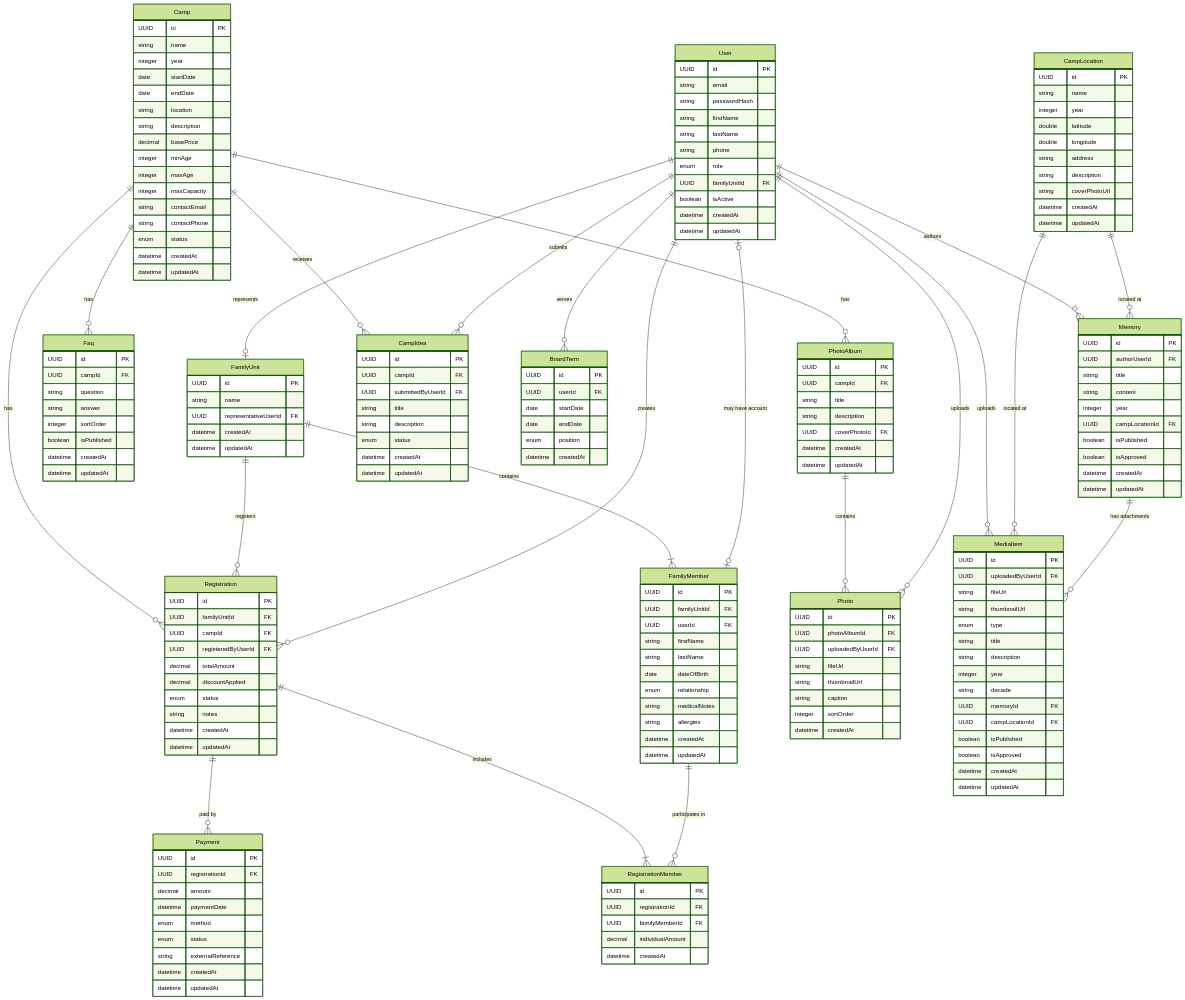
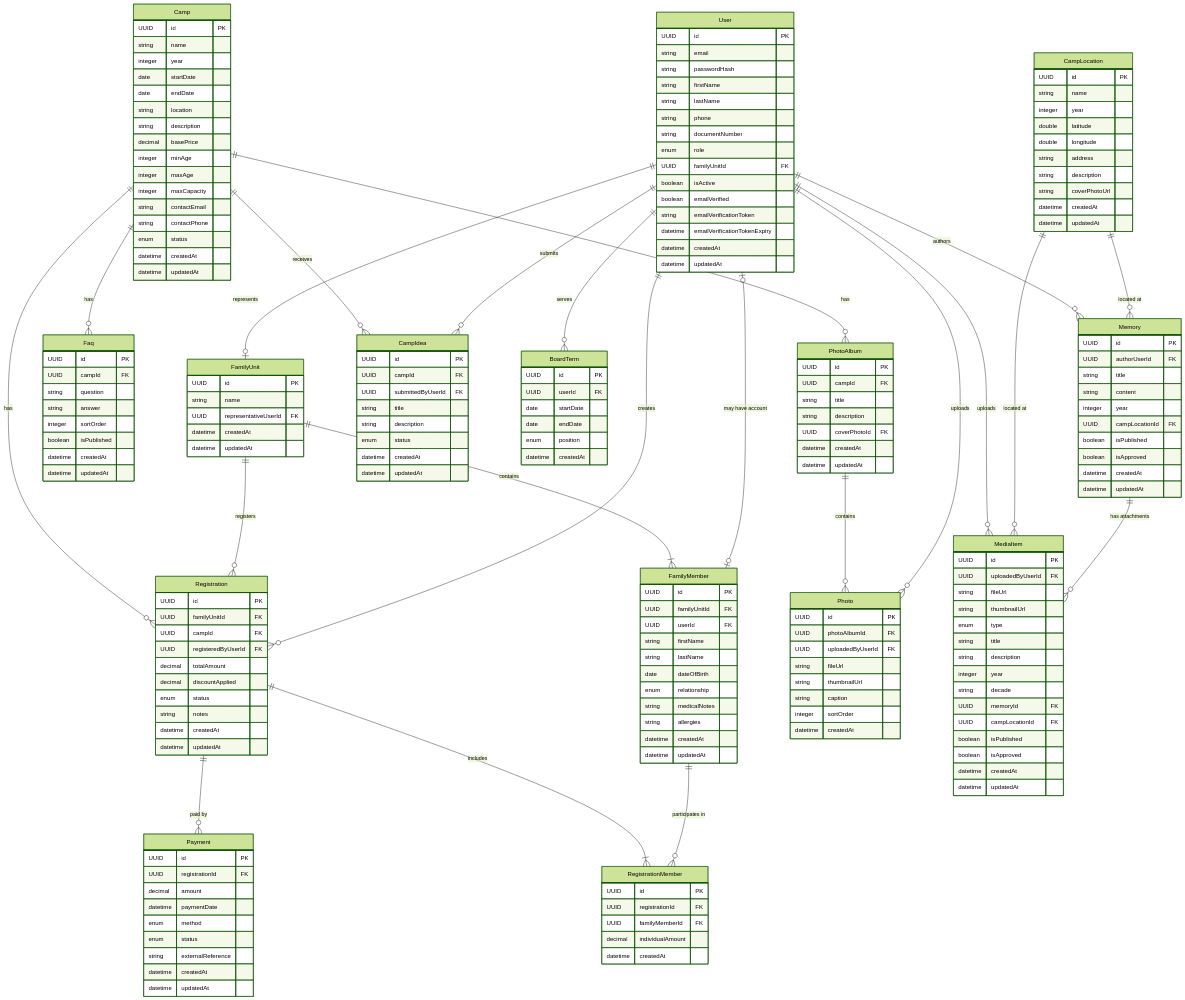
One commit to nessuarez/abuvi-app changed the diagram in ai-specs/specs/data-model.md. Above: the diagram before and after it, drawn with Mermaid (forest theme). The commit also changed other lines of this file and 34 other files, not shown here.

First line of the commit message:
feat: implement user registration with email verification

```diff
--- a/ai-specs/specs/data-model.md
+++ b/ai-specs/specs/data-model.md
@@ -494,9 +504,13 @@
         string firstName
         string lastName
         string phone
+        string documentNumber
         enum role
         UUID familyUnitId FK
         boolean isActive
+        boolean emailVerified
+        string emailVerificationToken
+        datetime emailVerificationTokenExpiry
         datetime createdAt
         datetime updatedAt
     }
```
